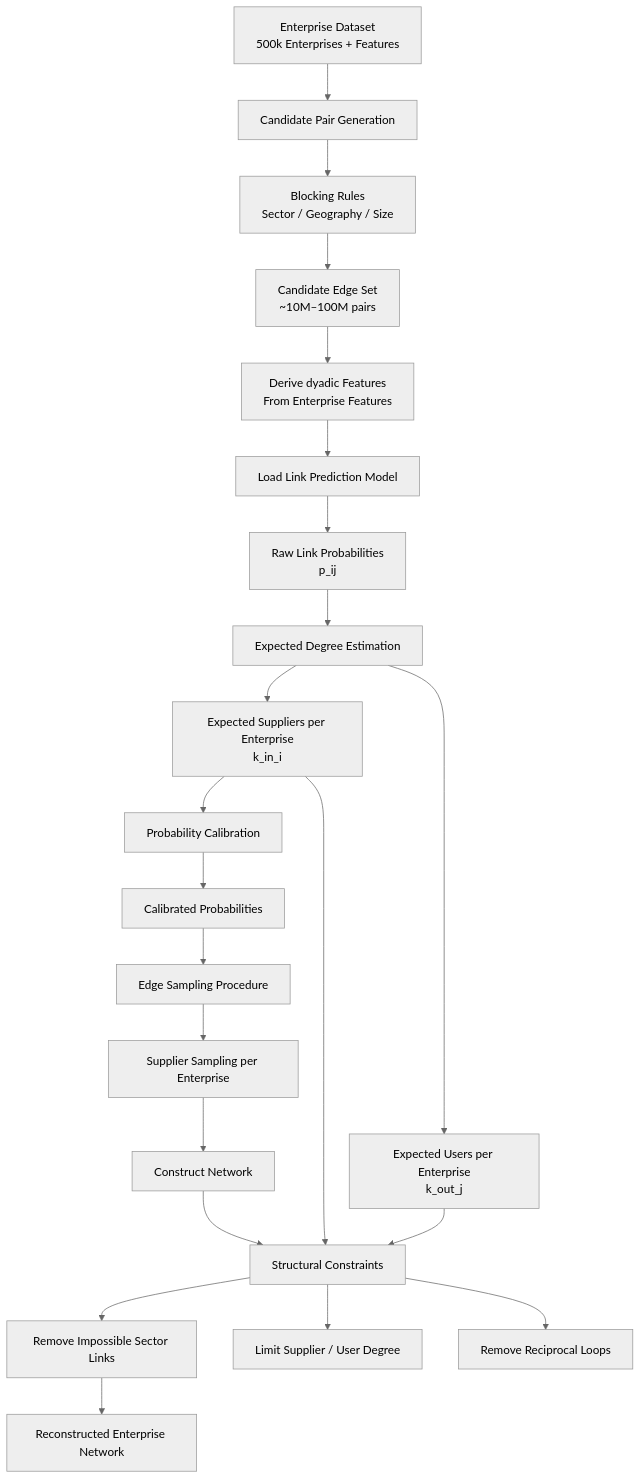
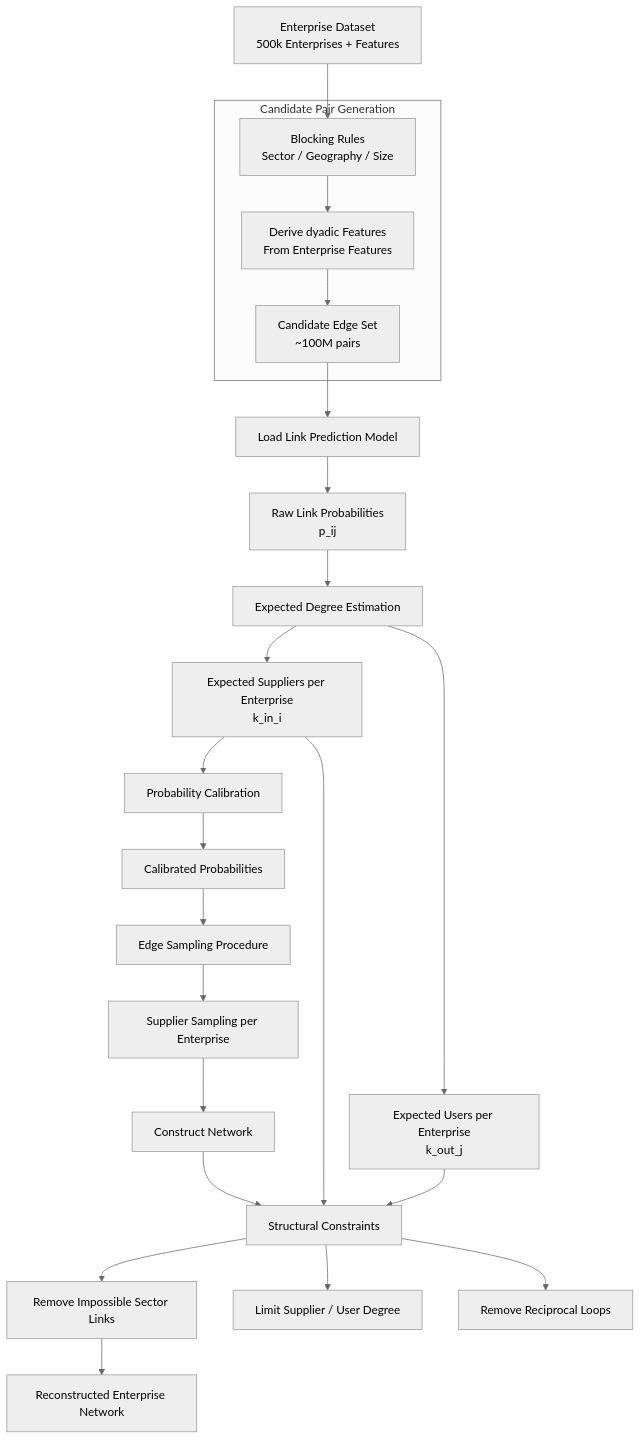
Before and after one commit to SNStatComp/AIML4OS_WP11_reconstruction: the diagram in steps.mmd, drawn with Mermaid (neutral theme). The commit also changed 1 other file, not shown here.

```diff
--- a/steps.mmd
+++ b/steps.mmd
@@ -1,61 +1,64 @@
 flowchart TD
 
 
-A[Enterprise Dataset<br>500k Enterprises + Features] --> B[Candidate Pair Generation]
+A[Enterprise Dataset<br>500k Enterprises + Features] --> B1
 
-B --> B1[Blocking Rules<br>Sector / Geography / Size]
+subgraph SG1[Candidate Pair Generation]
+
+B1[Blocking Rules<br>Sector / Geography / Size]
 %% B --> B2[ANN Search<br>Embeddings + FAISS/HNSW]
 
-B1 --> C[Candidate Edge Set<br>~10M–100M pairs]
+C2 --> C1[Candidate Edge Set<br>~100M pairs]
 
-C --> C1[Derive dyadic Features<br>From Enterprise Features]
+B1 --> C2[Derive dyadic Features<br>From Enterprise Features]
 %% B2 --> C
+end
 
 D[Load Link Prediction Model]
 C1 --> D
 D --> E[Raw Link Probabilities<br>p_ij]
 
 E --> H[Expected Degree Estimation]
 
 H --> H1[Expected Suppliers per Enterprise<br>k_in_i]
 H --> H2[Expected Users per Enterprise<br>k_out_j]
 
 H1 --> F[Probability Calibration]
 
 %% H --> F[Probability Calibration]
 
 %% F --> F1[Platt Scaling]
 %% F --> F2[Calibration<br> _Beta Calibration_ ]
 %% F --> F3[Isotonic Regression]
 
 F --> G[Calibrated Probabilities]
 %% F1 --> G[Calibrated Probabilities]
 %% F2 --> G[Calibrated Probabilities]
 %% F3 --> G
 
 G --> J[Edge Sampling Procedure]
 
 %% I --> I1[Fitness Scaling<br>Enterprise Size / Revenue]
 %% I --> I2[Sector Block Matrix<br>Input-Output Constraints]
 %% I --> I3[Geographic Decay, from model]
 
 %% I1 --> J
 %% I2 --> J
 %% I3 --> J
 
 J --> J1[Supplier Sampling per Enterprise]
 %% J --> J2[Probabilistic Edge Sampling]
 
 J1 --> K[Construct Network]
 %% J2 --> K
 
 H1 --> L
 H2 --> L
 
 K --> L[Structural Constraints]
 
 L --> L1[Remove Impossible Sector Links]
 L --> L2[Limit Supplier / User Degree]
 L --> L3[Remove Reciprocal Loops]
 
 L1 --> M[Reconstructed Enterprise Network]
```
